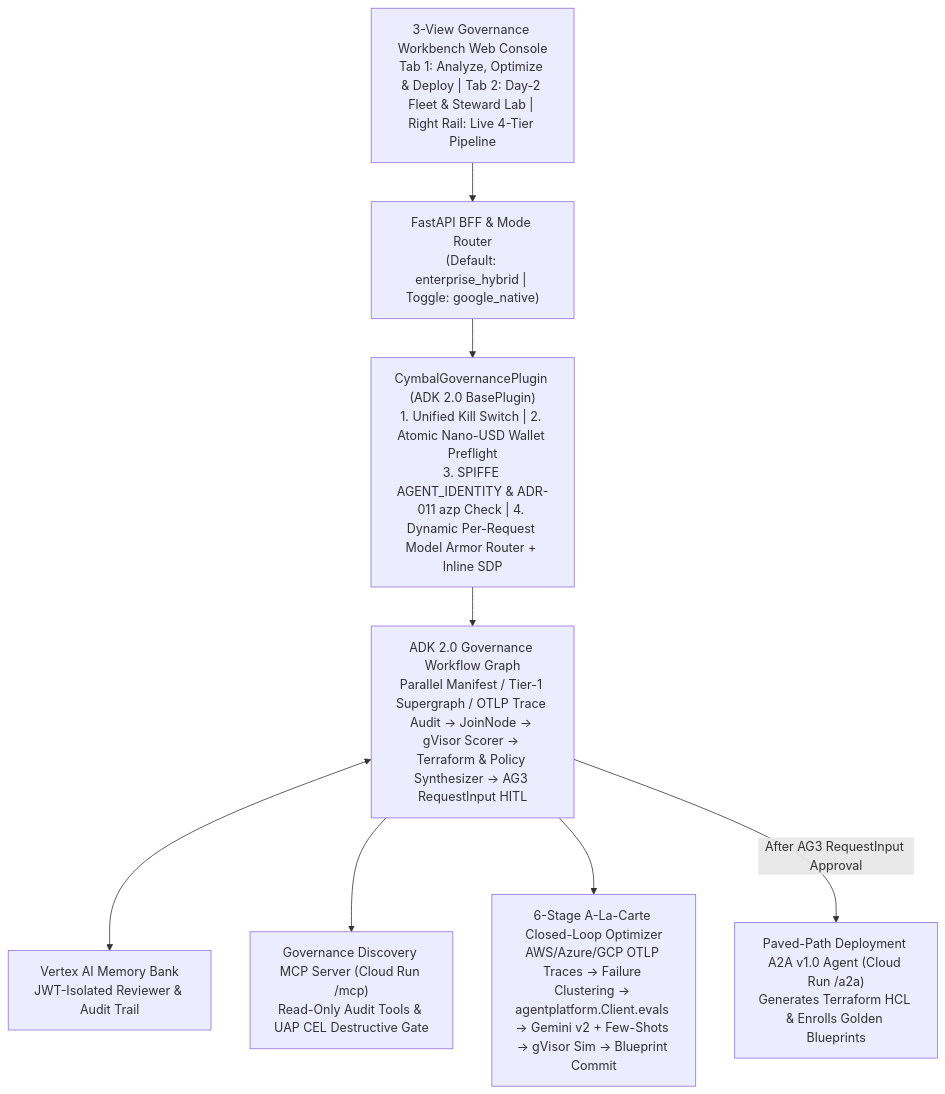
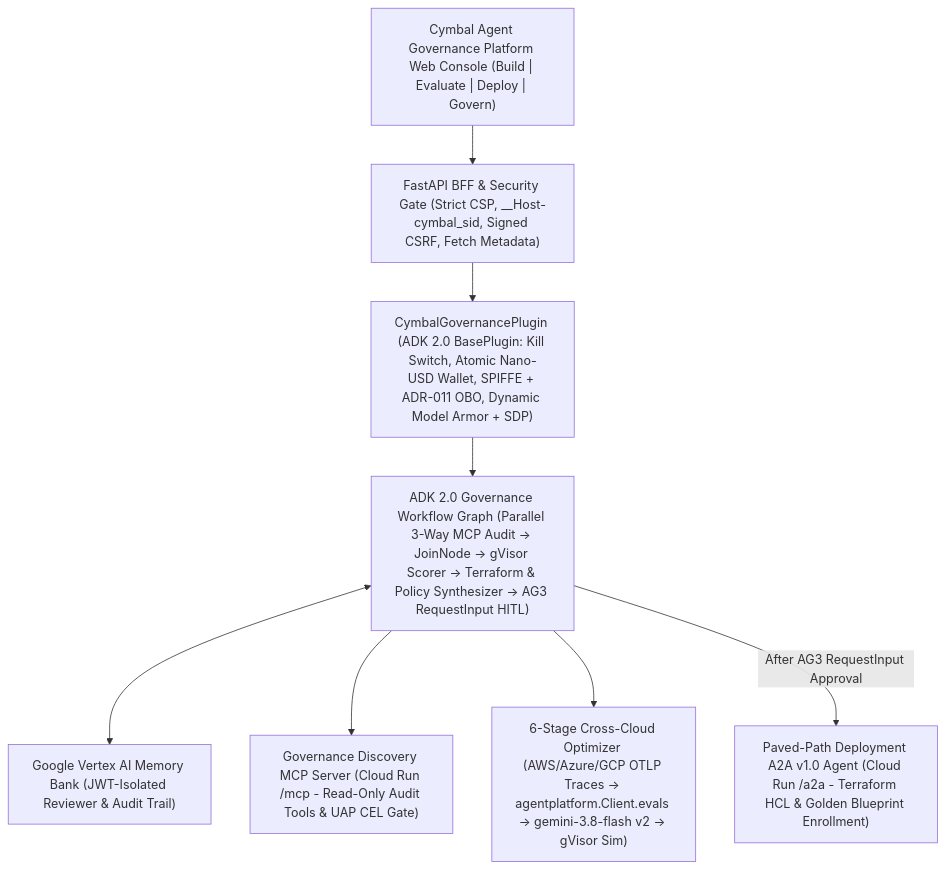
One commit to smyelle/agent-governance-demo changed the diagram in README.md. Above: the diagram before and after it, drawn with Mermaid. The commit also changed other lines of this file, not shown here.

Commit message:
Update README architecture crosswalk and 4-stage live demo runbook

````diff
--- a/README.md
+++ b/README.md
@@ -13,17 +16,17 @@
 ```mermaid
 flowchart TD
-    UI["3-View Governance Workbench Web Console<br/>Tab 1: Analyze, Optimize & Deploy | Tab 2: Day-2 Fleet & Steward Lab | Right Rail: Live 4-Tier Pipeline"]
-    BFF["FastAPI BFF & Mode Router<br/>(Default: enterprise_hybrid | Toggle: google_native)"]
-    PLG["CymbalGovernancePlugin (ADK 2.0 BasePlugin)<br/>1. Unified Kill Switch | 2. Atomic Nano-USD Wallet Preflight<br/>3. SPIFFE AGENT_IDENTITY & ADR-011 azp Check | 4. Dynamic Per-Request Model Armor Router + Inline SDP"]
-    WF["ADK 2.0 Governance Workflow Graph<br/>Parallel Manifest / Tier-1 Supergraph / OTLP Trace Audit -> JoinNode -> gVisor Scorer -> Terraform & Policy Synthesizer -> AG3 RequestInput HITL"]
-    MCP["Governance Discovery MCP Server (Cloud Run /mcp)<br/>Read-Only Audit Tools & UAP CEL Destructive Gate"]
-    A2A["Paved-Path Deployment A2A v1.0 Agent (Cloud Run /a2a)<br/>Generates Terraform HCL & Enrolls Golden Blueprints"]
-    MEM["Vertex AI Memory Bank<br/>JWT-Isolated Reviewer & Audit Trail"]
-    FLY["6-Stage A-La-Carte Closed-Loop Optimizer<br/>AWS/Azure/GCP OTLP Traces -> Failure Clustering -> agentplatform.Client.evals -> Gemini v2 + Few-Shots -> gVisor Sim -> Blueprint Commit"]
+    UI["Cymbal Agent Governance Platform Web Console (Build | Evaluate | Deploy | Govern)"]
+    BFF["FastAPI BFF & Security Gate (Strict CSP, __Host-cymbal_sid, Signed CSRF, Fetch Metadata)"]
+    PLG["CymbalGovernancePlugin (ADK 2.0 BasePlugin: Kill Switch, Atomic Nano-USD Wallet, SPIFFE + ADR-011 OBO, Dynamic Model Armor + SDP)"]
+    WF["ADK 2.0 Governance Workflow Graph (Parallel 3-Way MCP Audit -> JoinNode -> gVisor Scorer -> Terraform & Policy Synthesizer -> AG3 RequestInput HITL)"]
+    MCP["Governance Discovery MCP Server (Cloud Run /mcp - Read-Only Audit Tools & UAP CEL Gate)"]
+    A2A["Paved-Path Deployment A2A v1.0 Agent (Cloud Run /a2a - Terraform HCL & Golden Blueprint Enrollment)"]
+    MEM["Google Vertex AI Memory Bank (JWT-Isolated Reviewer & Audit Trail)"]
+    FLY["6-Stage Cross-Cloud Optimizer (AWS/Azure/GCP OTLP Traces -> agentplatform.Client.evals -> gemini-3.8-flash v2 -> gVisor Sim)"]
 
     UI --> BFF --> PLG --> WF
     WF <--> MEM
     WF --> MCP
     WF --> FLY
     WF -->|"After AG3 RequestInput Approval"| A2A
 ```
````
